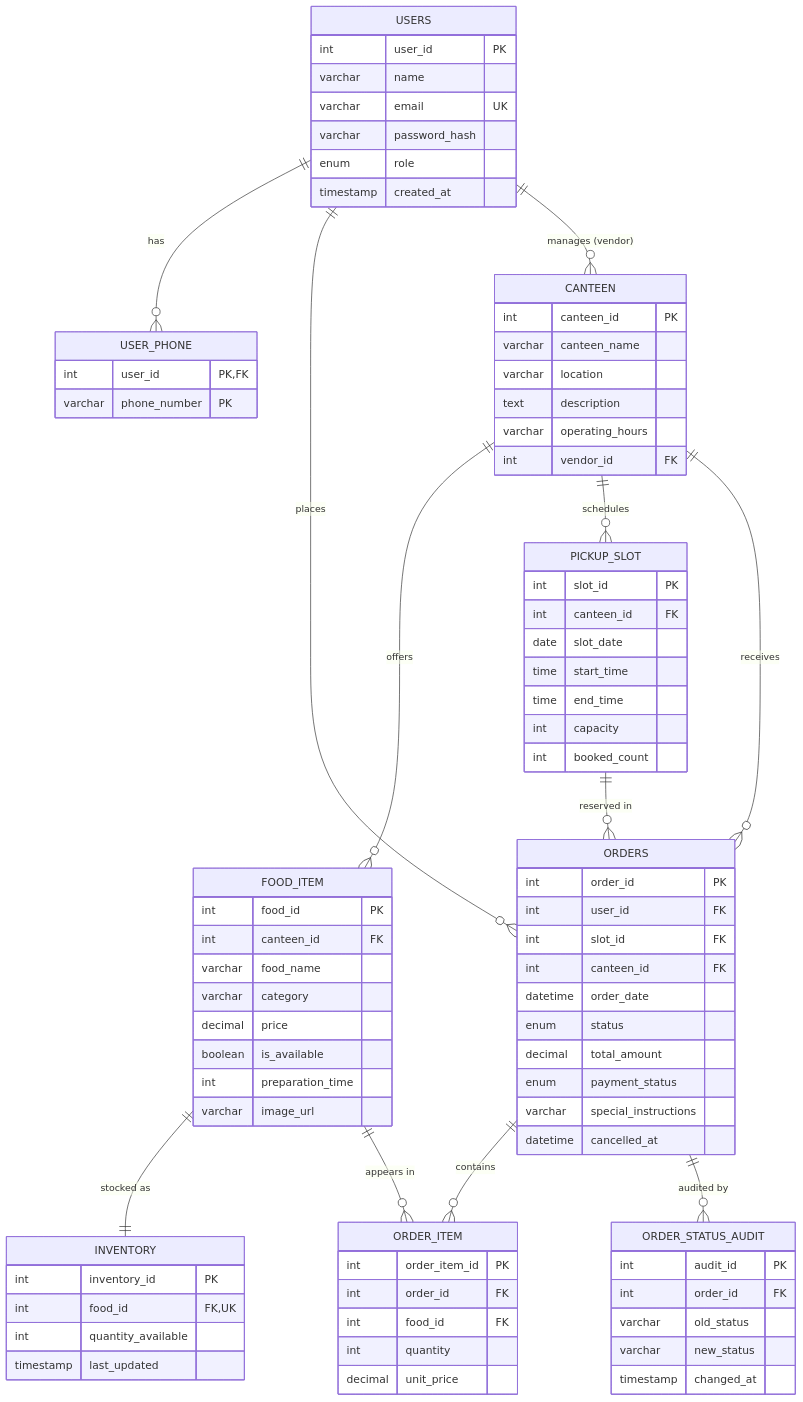
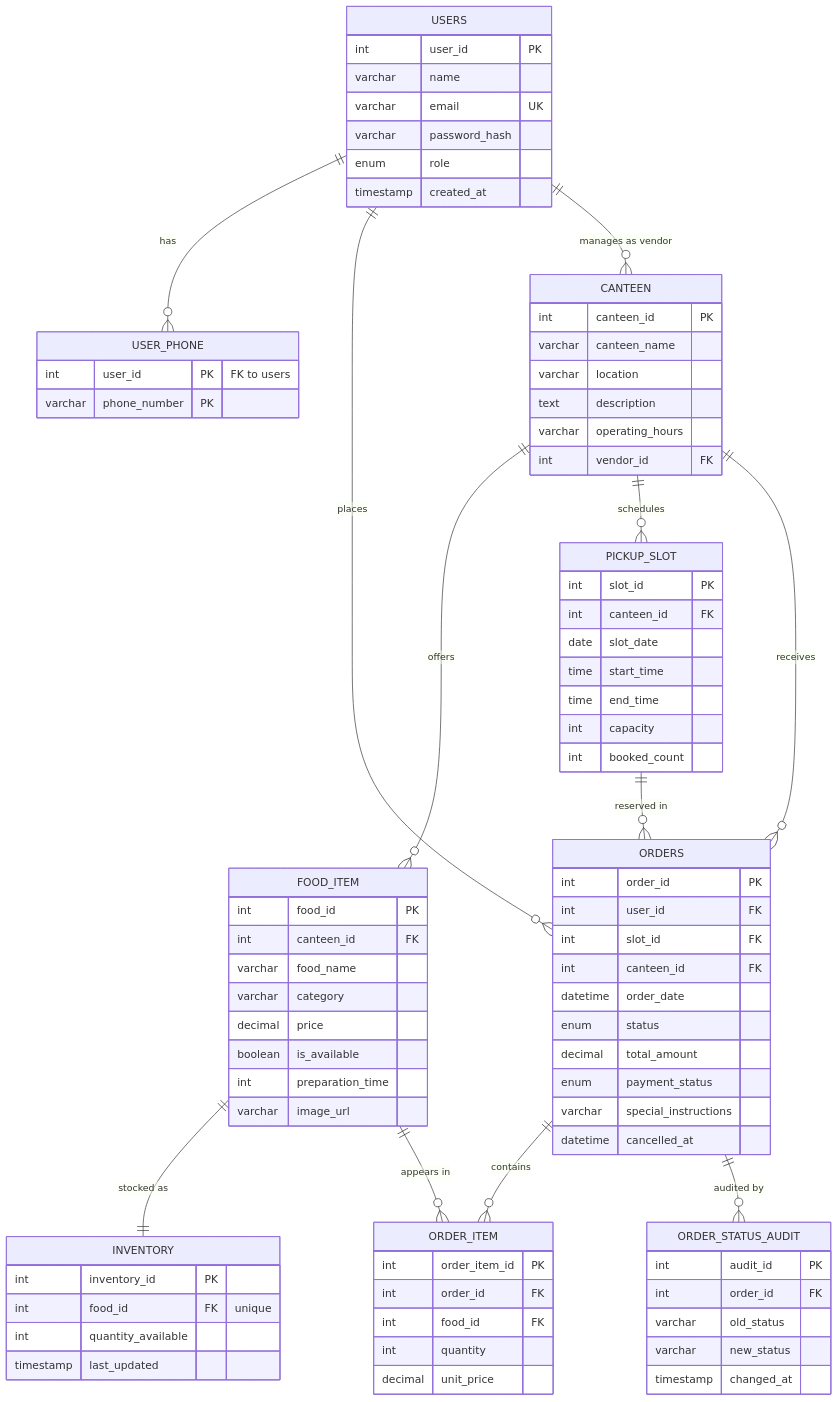
One commit to srikarbandi/smartcanteen changed the diagram in docs/02_database_design.md. Above: the diagram before and after it, drawn with Mermaid.

Commit message:
Fix ER diagram Mermaid syntax for GitHub rendering

```diff
--- a/docs/02_database_design.md
+++ b/docs/02_database_design.md
@@ -9,7 +9,7 @@
 erDiagram
     USERS ||--o{ USER_PHONE : "has"
     USERS ||--o{ ORDERS : "places"
-    USERS ||--o{ CANTEEN : "manages (vendor)"
+    USERS ||--o{ CANTEEN : "manages as vendor"
     CANTEEN ||--o{ FOOD_ITEM : "offers"
     CANTEEN ||--o{ PICKUP_SLOT : "schedules"
     CANTEEN ||--o{ ORDERS : "receives"
@@ -28,7 +28,7 @@
         timestamp created_at
     }
     USER_PHONE {
-        int user_id PK,FK
+        int user_id PK "FK to users"
         varchar phone_number PK
     }
     CANTEEN {
@@ -79,7 +79,7 @@
     }
     INVENTORY {
         int inventory_id PK
-        int food_id FK,UK
+        int food_id FK "unique"
         int quantity_available
         timestamp last_updated
     }
```
